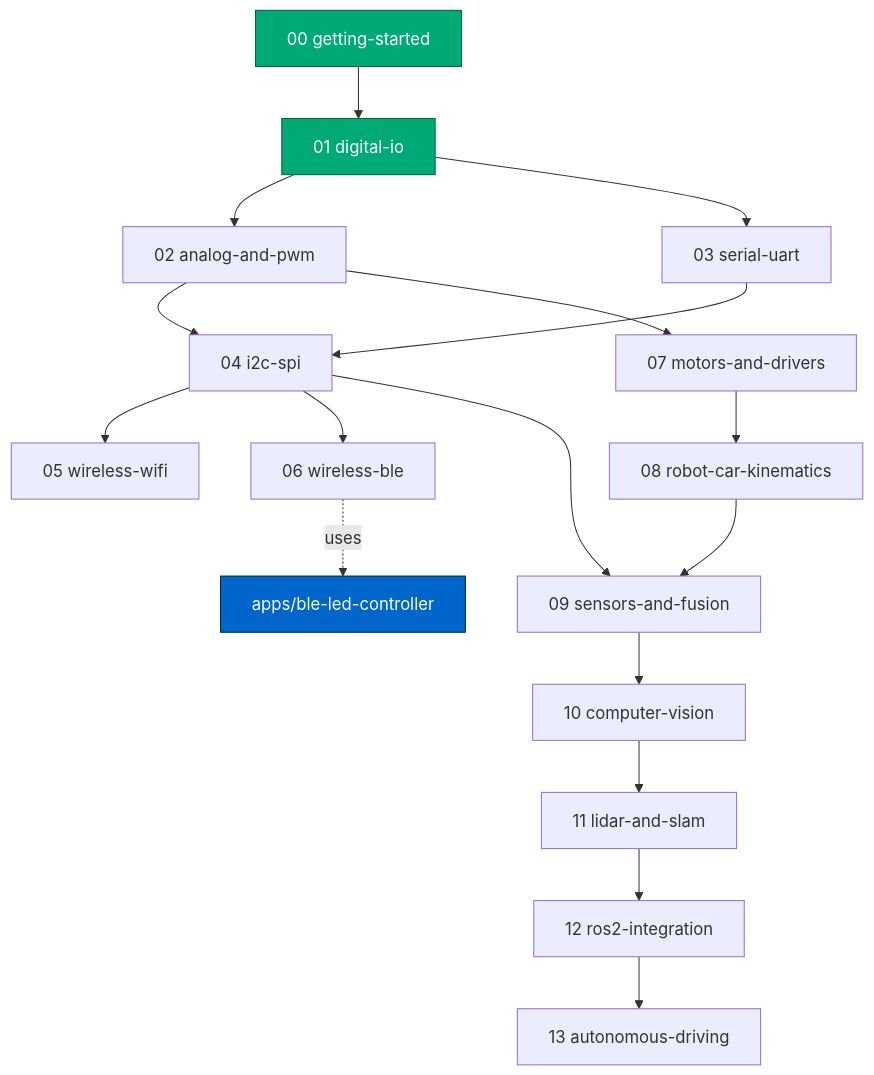
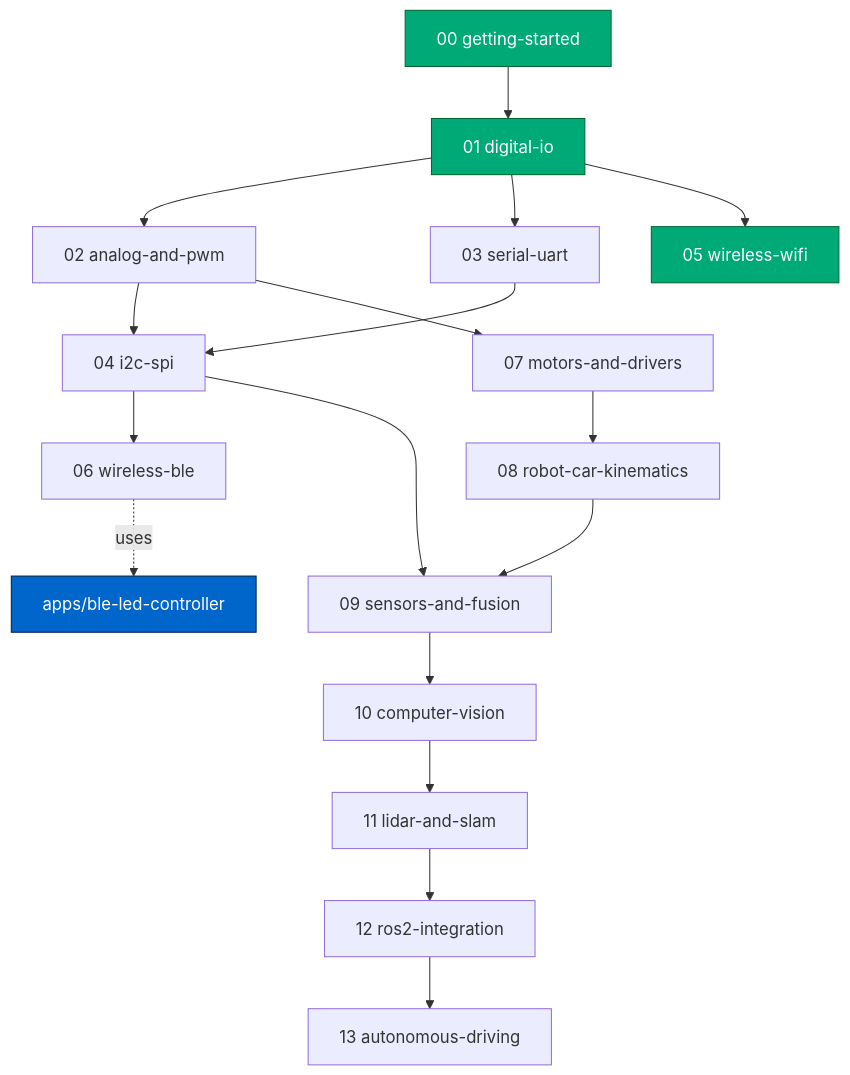
Before and after one commit to Youngermaster/Hands-On-Robotics: the diagram in docs/curriculum.md, drawn with Mermaid. The commit also changed other lines of this file and 29 other files, not shown here.

````diff
--- a/docs/curriculum.md
+++ b/docs/curriculum.md
@@ -8,22 +8,22 @@
 ```mermaid
 flowchart TD
   M00[00 getting-started]:::done --> M01[01 digital-io]:::done
   M01 --> M02[02 analog-and-pwm]
   M01 --> M03[03 serial-uart]
   M02 --> M04[04 i2c-spi]
   M03 --> M04
-  M04 --> M05[05 wireless-wifi]
+  M01 --> M05[05 wireless-wifi]:::done
   M04 --> M06[06 wireless-ble]
   M02 --> M07[07 motors-and-drivers]
   M07 --> M08[08 robot-car-kinematics]
   M04 --> M09[09 sensors-and-fusion]
   M08 --> M09
   M09 --> M10[10 computer-vision]
   M10 --> M11[11 lidar-and-slam]
   M11 --> M12[12 ros2-integration]
   M12 --> M13[13 autonomous-driving]
   M06 -.uses.-> APP[apps/ble-led-controller]:::app
 
   classDef done fill:#0a7,stroke:#063,color:#fff
   classDef app fill:#06c,stroke:#024,color:#fff
 ```
````
